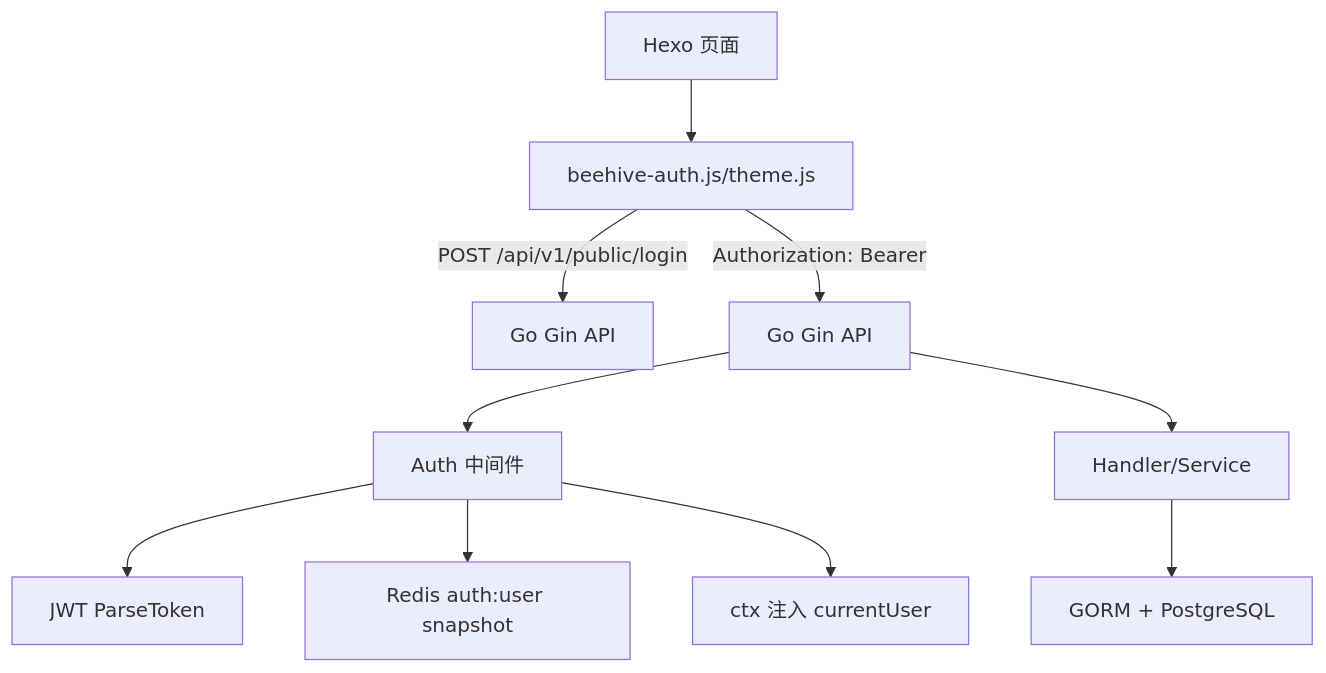
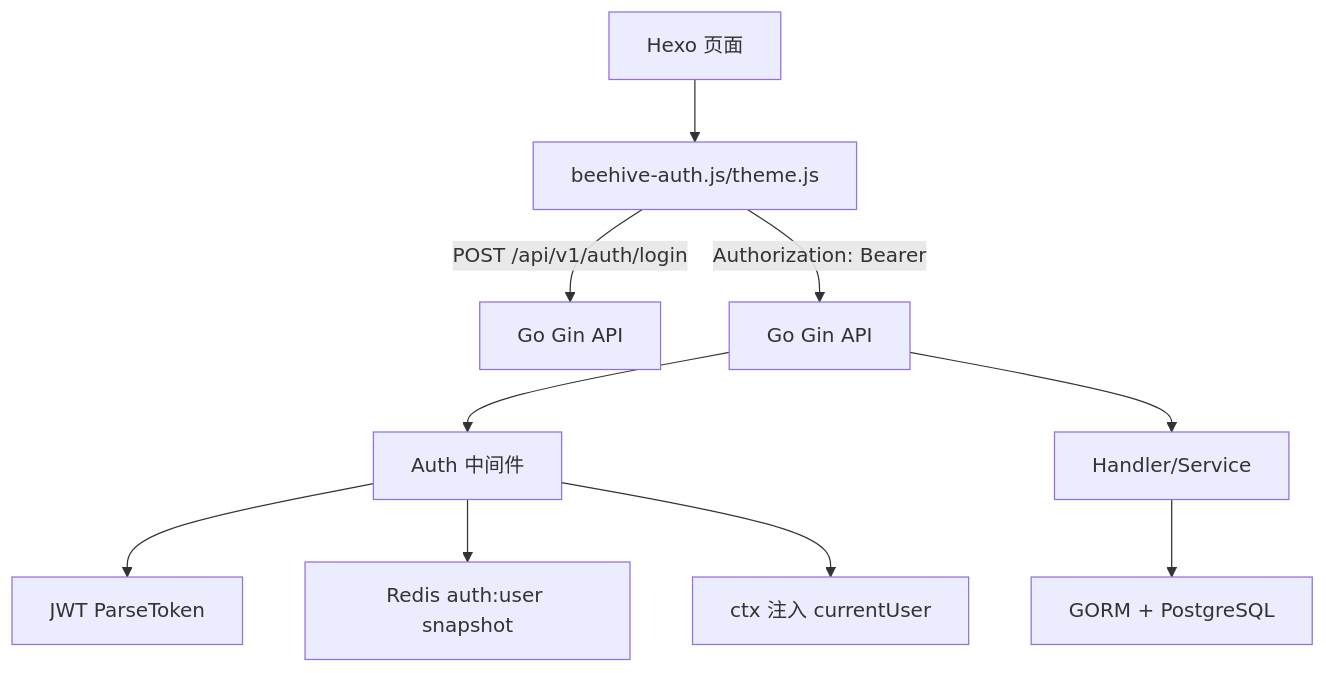
One commit to HappyLadySauce/Beehive-Blog changed the diagram in docs/development-guide.md. Above: the diagram before and after it, drawn with Mermaid. The commit also changed other lines of this file and 16 other files, not shown here.

First line of the commit message:
feat(auth): refactor authentication routes and update API documentation

````diff
--- a/docs/development-guide.md
+++ b/docs/development-guide.md
@@ -18,12 +18,12 @@
 ```mermaid
 flowchart TD
   HexoPage[Hexo 页面] --> ThemeJS[beehive-auth.js/theme.js]
-  ThemeJS -->|"POST /api/v1/public/login"| LoginAPI[Go Gin API]
+  ThemeJS -->|"POST /api/v1/auth/login"| LoginAPI[Go Gin API]
   ThemeJS -->|"Authorization: Bearer"| UserAPI[Go Gin API]
   UserAPI --> AuthMw[Auth 中间件]
   AuthMw --> JWT[JWT ParseToken]
   AuthMw --> RedisSnap[Redis auth:user snapshot]
   AuthMw --> Ctx[ctx 注入 currentUser]
   UserAPI --> Handler[Handler/Service]
   Handler --> DB[GORM + PostgreSQL]
 ```
````
